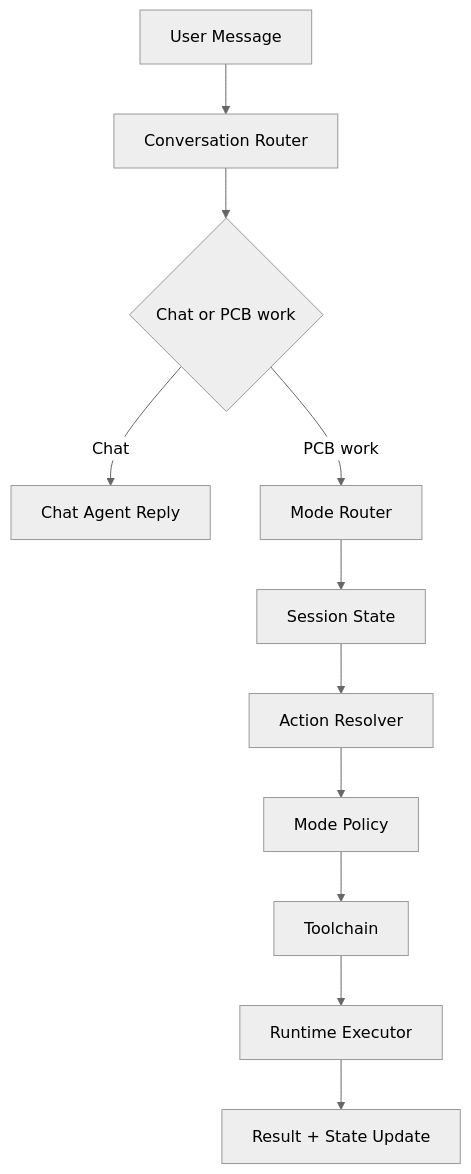
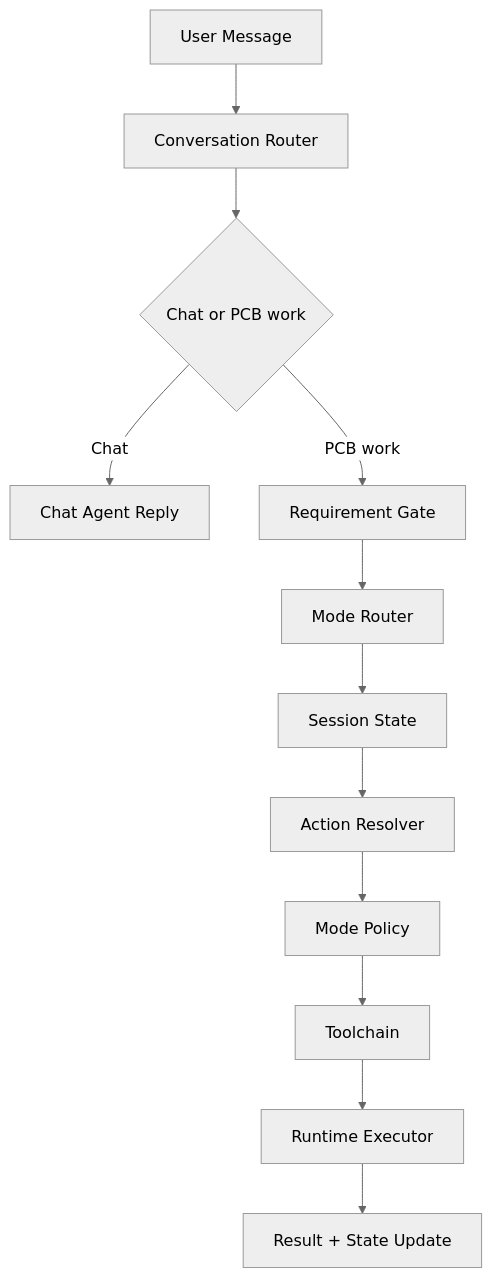
Before and after one commit to yuanmk26/OpenPCB: the diagram in docs/architecture/agent-architecture.md, drawn with Mermaid (neutral theme). The commit also changed other lines of this file and 3 other files, not shown here.

Commit message:
docs(architecture): sync classifier and brief-gate implementation status

````diff
--- a/docs/architecture/agent-architecture.md
+++ b/docs/architecture/agent-architecture.md
@@ -143,13 +139,14 @@
 ```mermaid
 flowchart TD
     U[User Message] --> R[Conversation Router]
     R --> D{Chat or PCB work}
     D -->|Chat| C[Chat Agent Reply]
-    D -->|PCB work| M[Mode Router]
+    D -->|PCB work| G[Requirement Gate]
+    G --> M[Mode Router]
     M --> S[Session State]
     S --> A[Action Resolver]
     A --> P[Mode Policy]
     P --> T[Toolchain]
     T --> X[Runtime Executor]
     X --> O[Result + State Update]
 ```
````
